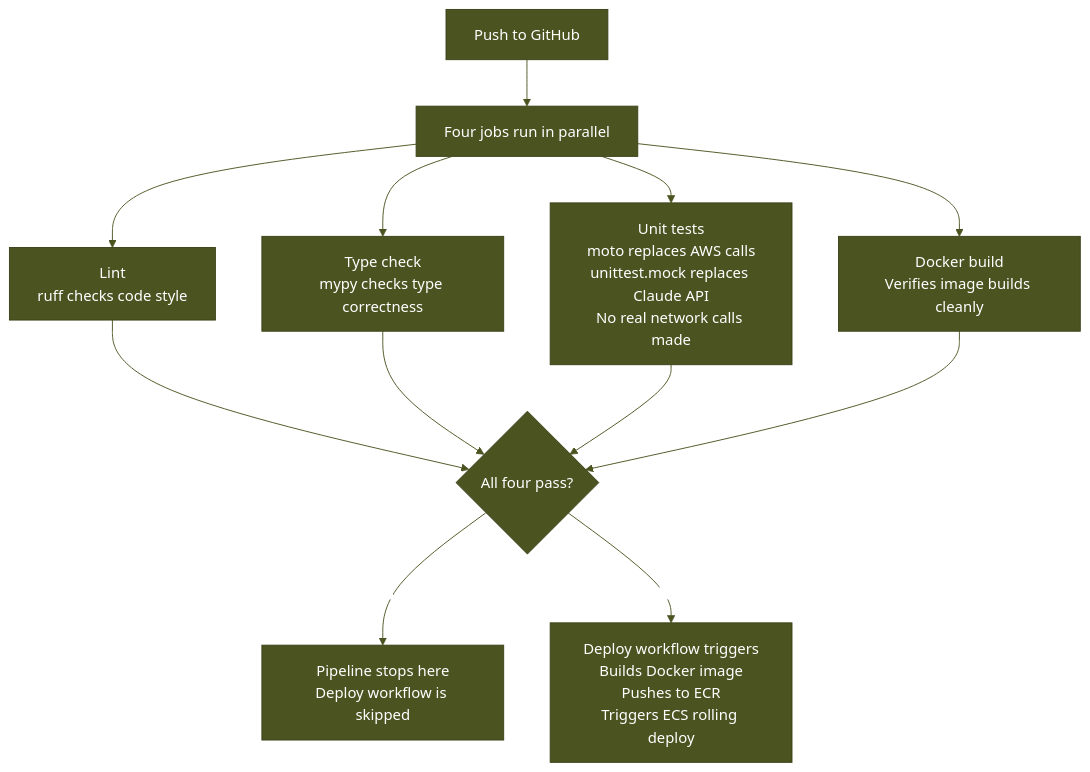
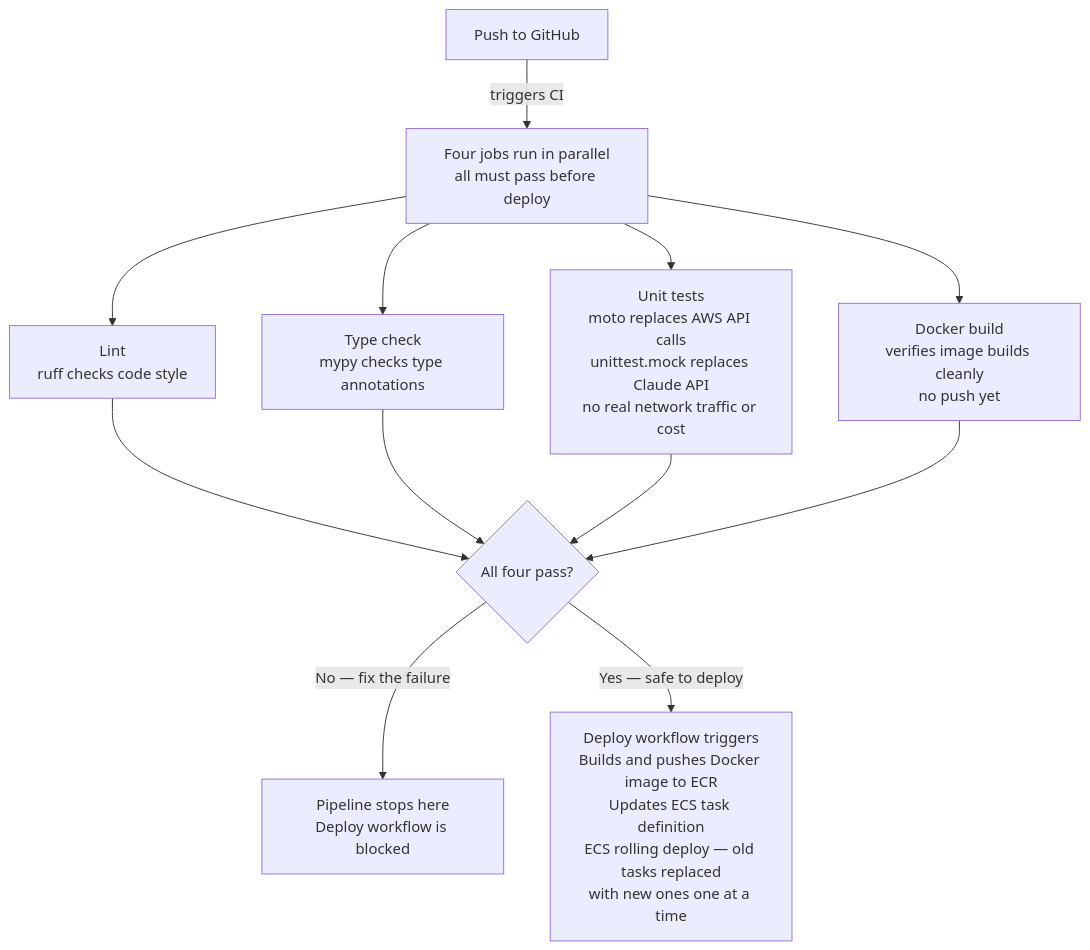
The third of 3 diagrams in README.md (enterprise-data-platform-emeka/platform-analytics-agent), drawn with Mermaid before and after one commit. The commit also changed other lines of this file, not shown here.

Commit message:
Docs: remove brand colors from all Mermaid diagrams

````diff
--- a/README.md
+++ b/README.md
@@ -1272,15 +1270,14 @@
 ```mermaid
-%%{init: {'theme': 'base', 'themeVariables': {'primaryColor': '#4B5320', 'primaryTextColor': '#ffffff', 'primaryBorderColor': '#3a4118', 'lineColor': '#4B5320', 'signalColor': '#4B5320', 'actorLineColor': '#4B5320', 'secondaryColor': '#F0F7FF', 'tertiaryColor': '#F0F7FF', 'background': '#ffffff', 'clusterBkg': '#F0F7FF', 'edgeLabelBackground': '#ffffff'}}}%%
 flowchart TD
-    A[Push to GitHub] --> B[Four jobs run in parallel]
+    A[Push to GitHub] -->|triggers CI| B[Four jobs run in parallel\nall must pass before deploy]
     B --> C[Lint\nruff checks code style]
-    B --> D[Type check\nmypy checks type correctness]
-    B --> E[Unit tests\nmoto replaces AWS calls\nunittest.mock replaces Claude API\nNo real network calls made]
-    B --> F[Docker build\nVerifies image builds cleanly]
+    B --> D[Type check\nmypy checks type annotations]
+    B --> E[Unit tests\nmoto replaces AWS API calls\nunittest.mock replaces Claude API\nno real network traffic or cost]
+    B --> F[Docker build\nverifies image builds cleanly\nno push yet]
     C --> G{All four pass?}
     D --> G
     E --> G
     F --> G
-    G -->|No| H[Pipeline stops here\nDeploy workflow is skipped]
-    G -->|Yes| I[Deploy workflow triggers\nBuilds Docker image\nPushes to ECR\nTriggers ECS rolling deploy]
+    G -->|No — fix the failure| H[Pipeline stops here\nDeploy workflow is blocked]
+    G -->|Yes — safe to deploy| I[Deploy workflow triggers\nBuilds and pushes Docker image to ECR\nUpdates ECS task definition\nECS rolling deploy — old tasks replaced\nwith new ones one at a time]
 ```
````
